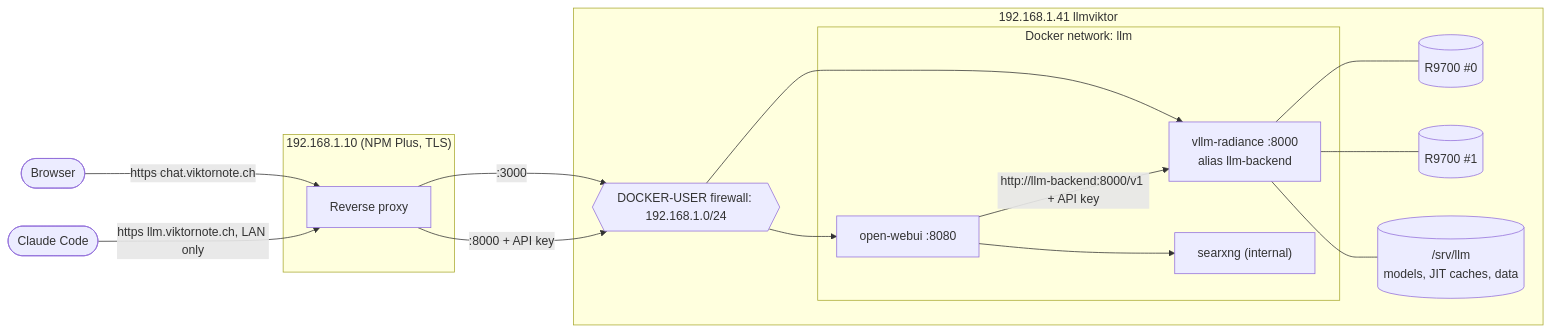
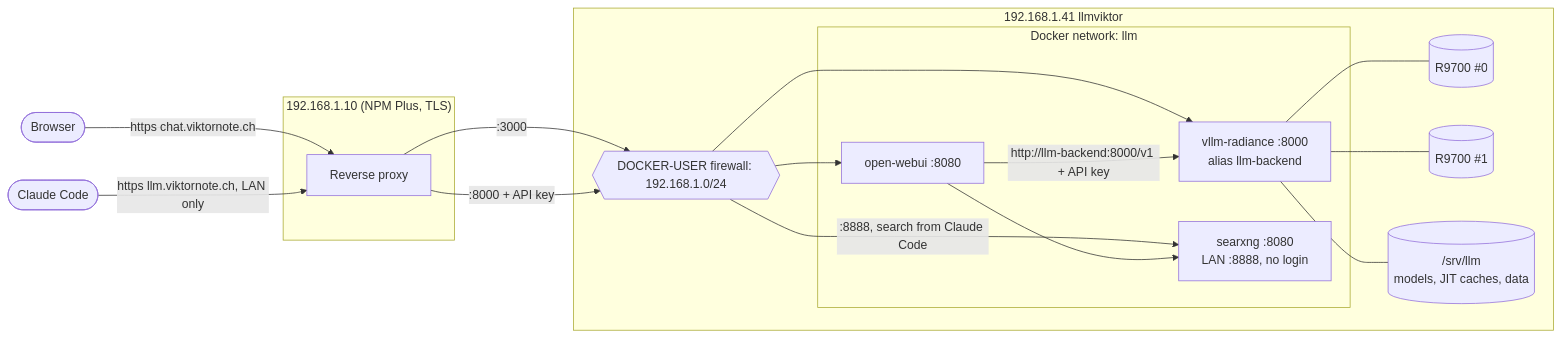
The diagram in llm-server/README.md (Soldatstar/homelab-truenas), drawn with Mermaid before and after one commit. The commit also changed other lines of this file and 1 other file, not shown here.

Commit message:
documents claude code setup for the local model

````diff
--- a/llm-server/README.md
+++ b/llm-server/README.md
@@ -23,28 +23,29 @@
 ```mermaid
 flowchart LR
     user([Browser]) -->|https chat.viktornote.ch| npm
     cc([Claude Code]) -->|https llm.viktornote.ch, LAN only| npm
     subgraph proxy["192.168.1.10 (NPM Plus, TLS)"]
         npm[Reverse proxy]
     end
     subgraph host["192.168.1.41 llmviktor"]
         fw{{"DOCKER-USER firewall: 192.168.1.0/24"}}
         subgraph net["Docker network: llm"]
             webui["open-webui :8080"]
             vllm["vllm-radiance :8000<br/>alias llm-backend"]
-            searx["searxng (internal)"]
+            searx["searxng :8080<br/>LAN :8888, no login"]
         end
         gpu0[(R9700 #0)]
         gpu1[(R9700 #1)]
         disk[("/srv/llm<br/>models, JIT caches, data")]
     end
     npm -->|:3000| fw
     npm -->|:8000 + API key| fw
     fw --> webui
     fw --> vllm
+    fw -->|":8888, search from Claude Code"| searx
     webui -->|"http://llm-backend:8000/v1 + API key"| vllm
     webui --> searx
     vllm --- gpu0
     vllm --- gpu1
     vllm --- disk
 ```
````
